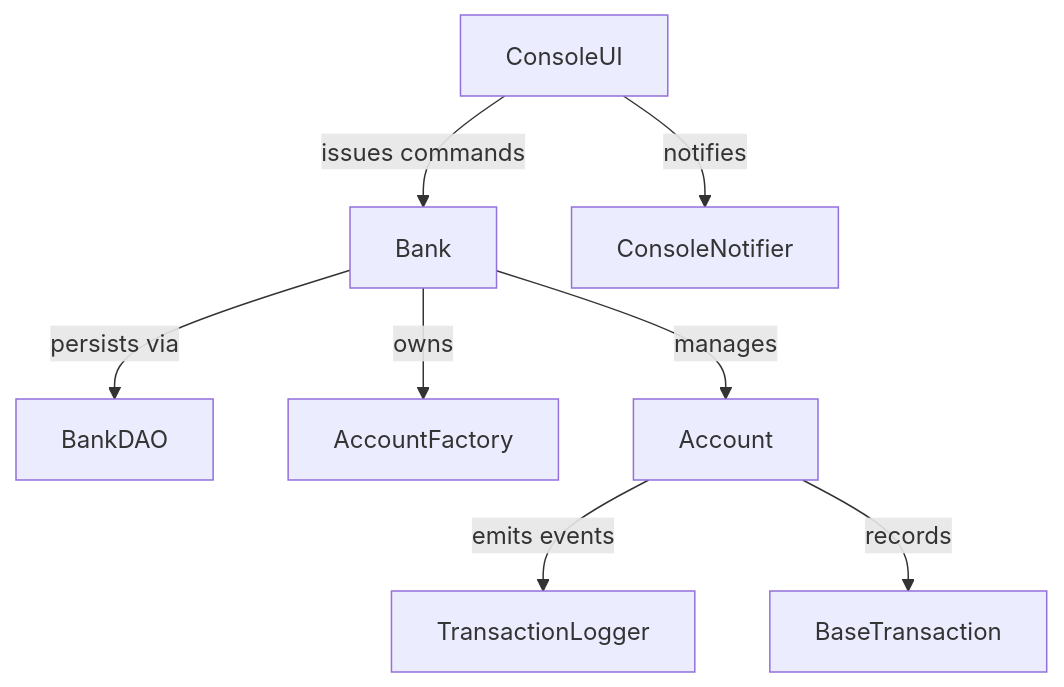
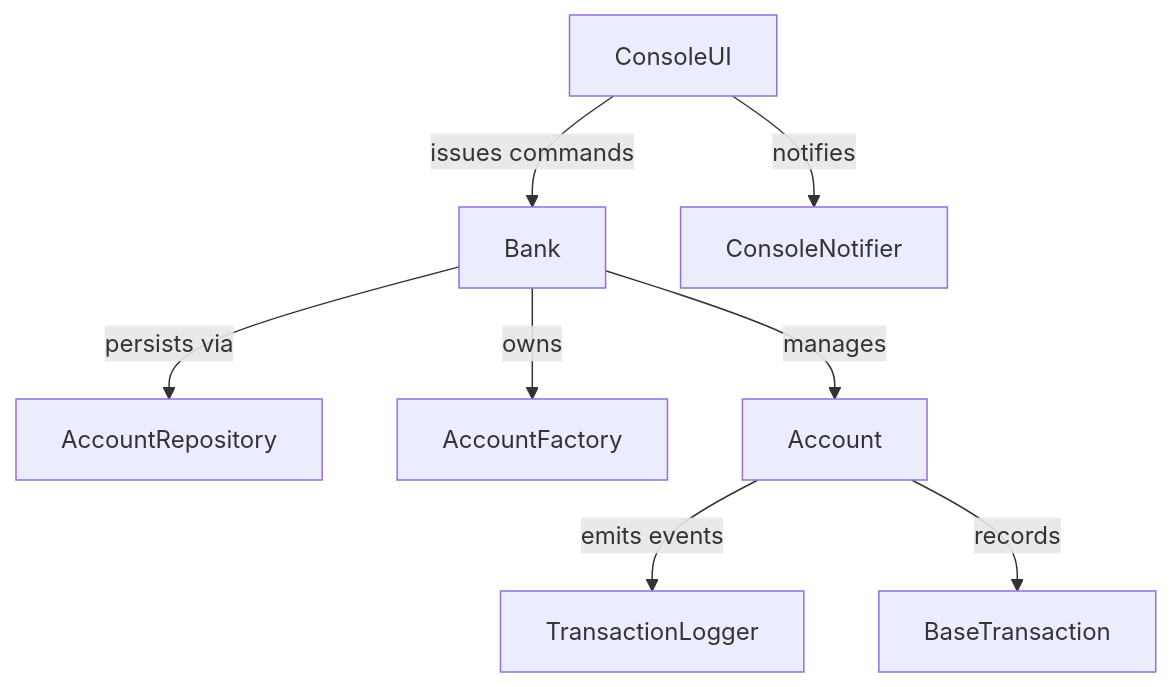
The diagram in README.md (letsbegincode/Banking-System), drawn with Mermaid before and after one commit. The commit also changed other lines of this file and 53 other files, not shown here.

````diff
--- a/README.md
+++ b/README.md
@@ -20,10 +20,10 @@
 ```mermaid
 graph TD
     ConsoleUI -->|issues commands| Bank
     ConsoleUI -->|notifies| ConsoleNotifier
-    Bank -->|persists via| BankDAO
+    Bank -->|persists via| AccountRepository
     Bank -->|owns| AccountFactory
     Bank -->|manages| Account
     Account -->|emits events| TransactionLogger
     Account -->|records| BaseTransaction
 ```
````
